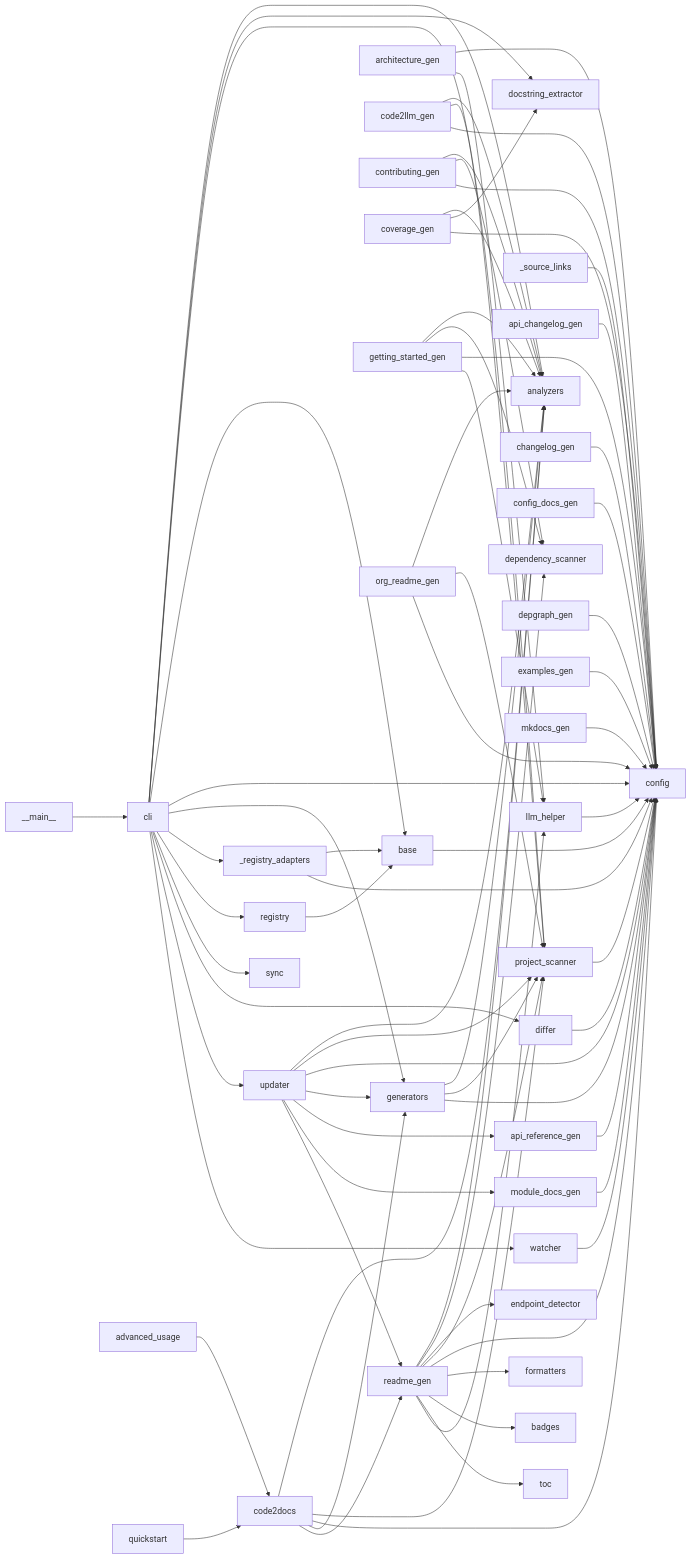
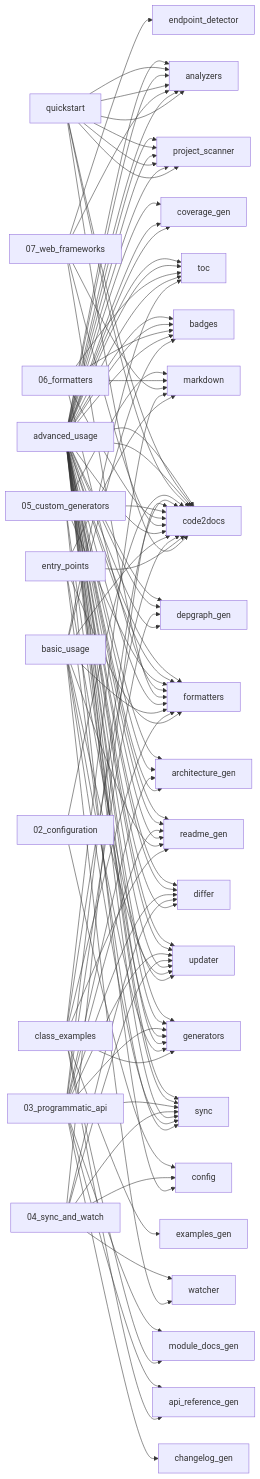
Before and after one commit to wronai/code2docs: the diagram in docs/dependency-graph.md, drawn with Mermaid. The commit also changed other lines of this file and 12 other files, not shown here.

````diff
--- a/docs/dependency-graph.md
+++ b/docs/dependency-graph.md
@@ -7,77 +7,110 @@
 ```mermaid
 graph LR
-    __main__ --> cli
-    project_scanner --> config
-    base --> config
-    cli --> analyzers
-    cli --> docstring_extractor
-    cli --> project_scanner
-    cli --> base
-    cli --> config
-    cli --> generators
-    cli --> _registry_adapters
-    cli --> registry
-    cli --> sync
-    cli --> differ
-    cli --> updater
-    cli --> watcher
-    code2docs --> analyzers
-    code2docs --> project_scanner
-    code2docs --> config
-    code2docs --> generators
-    code2docs --> readme_gen
     advanced_usage --> code2docs
+    advanced_usage --> analyzers
+    advanced_usage --> project_scanner
+    advanced_usage --> formatters
+    advanced_usage --> badges
+    advanced_usage --> toc
+    advanced_usage --> generators
+    advanced_usage --> architecture_gen
+    advanced_usage --> coverage_gen
+    advanced_usage --> depgraph_gen
+    advanced_usage --> readme_gen
+    advanced_usage --> sync
+    advanced_usage --> differ
+    advanced_usage --> updater
     quickstart --> code2docs
-    generators --> analyzers
-    generators --> project_scanner
-    generators --> config
-    _registry_adapters --> base
-    _registry_adapters --> config
-    _source_links --> config
-    api_changelog_gen --> config
-    api_reference_gen --> config
-    architecture_gen --> config
-    architecture_gen --> llm_helper
-    changelog_gen --> config
-    code2llm_gen --> analyzers
-    code2llm_gen --> project_scanner
-    code2llm_gen --> config
-    config_docs_gen --> config
-    contributing_gen --> analyzers
-    contributing_gen --> dependency_scanner
-    contributing_gen --> config
-    coverage_gen --> analyzers
-    coverage_gen --> docstring_extractor
-    coverage_gen --> config
-    depgraph_gen --> config
-    examples_gen --> config
-    getting_started_gen --> analyzers
-    getting_started_gen --> dependency_scanner
-    getting_started_gen --> config
-    getting_started_gen --> llm_helper
-    mkdocs_gen --> config
-    module_docs_gen --> config
-    org_readme_gen --> analyzers
-    org_readme_gen --> project_scanner
-    org_readme_gen --> config
-    readme_gen --> analyzers
-    readme_gen --> dependency_scanner
-    readme_gen --> endpoint_detector
-    readme_gen --> project_scanner
-    readme_gen --> config
-    readme_gen --> formatters
-    readme_gen --> badges
-    readme_gen --> toc
-    readme_gen --> llm_helper
-    llm_helper --> config
-    registry --> base
-    differ --> config
-    updater --> analyzers
-    updater --> project_scanner
-    updater --> config
-    updater --> generators
-    updater --> api_reference_gen
-    updater --> module_docs_gen
-    updater --> readme_gen
-    watcher --> config
+    quickstart --> analyzers
+    quickstart --> project_scanner
+    advanced_usage --> code2docs
+    advanced_usage --> analyzers
+    advanced_usage --> project_scanner
+    advanced_usage --> formatters
+    advanced_usage --> badges
+    advanced_usage --> toc
+    advanced_usage --> generators
+    advanced_usage --> architecture_gen
+    advanced_usage --> coverage_gen
+    advanced_usage --> depgraph_gen
+    advanced_usage --> readme_gen
+    advanced_usage --> sync
+    advanced_usage --> differ
+    advanced_usage --> updater
+    quickstart --> code2docs
+    quickstart --> analyzers
+    quickstart --> project_scanner
+    02_configuration --> code2docs
+    02_configuration --> config
+    03_programmatic_api --> code2docs
+    03_programmatic_api --> generators
+    03_programmatic_api --> api_reference_gen
+    03_programmatic_api --> architecture_gen
+    03_programmatic_api --> changelog_gen
+    03_programmatic_api --> depgraph_gen
+    03_programmatic_api --> module_docs_gen
+    03_programmatic_api --> readme_gen
+    03_programmatic_api --> sync
+    03_programmatic_api --> differ
+    03_programmatic_api --> updater
+    04_sync_and_watch --> code2docs
+    04_sync_and_watch --> config
+    04_sync_and_watch --> sync
+    04_sync_and_watch --> differ
+    04_sync_and_watch --> updater
+    04_sync_and_watch --> watcher
+    05_custom_generators --> code2docs
+    05_custom_generators --> config
+    05_custom_generators --> formatters
+    05_custom_generators --> markdown
+    05_custom_generators --> generators
+    06_formatters --> code2docs
+    06_formatters --> formatters
+    06_formatters --> badges
+    06_formatters --> markdown
+    06_formatters --> toc
+    07_web_frameworks --> code2docs
+    07_web_frameworks --> analyzers
+    07_web_frameworks --> endpoint_detector
+    07_web_frameworks --> formatters
+    07_web_frameworks --> markdown
+    advanced_usage --> code2docs
+    advanced_usage --> analyzers
+    advanced_usage --> project_scanner
+    advanced_usage --> formatters
+    advanced_usage --> badges
+    advanced_usage --> toc
+    advanced_usage --> generators
+    advanced_usage --> architecture_gen
+    advanced_usage --> coverage_gen
+    advanced_usage --> depgraph_gen
+    advanced_usage --> readme_gen
+    advanced_usage --> sync
+    advanced_usage --> differ
+    advanced_usage --> updater
+    basic_usage --> code2docs
+    basic_usage --> formatters
+    basic_usage --> badges
+    basic_usage --> toc
+    basic_usage --> generators
+    basic_usage --> readme_gen
+    basic_usage --> sync
+    basic_usage --> updater
+    basic_usage --> watcher
+    class_examples --> code2docs
+    class_examples --> formatters
+    class_examples --> markdown
+    class_examples --> generators
+    class_examples --> api_reference_gen
+    class_examples --> examples_gen
+    class_examples --> module_docs_gen
+    class_examples --> readme_gen
+    entry_points --> code2docs
+    entry_points --> formatters
+    entry_points --> markdown
+    entry_points --> sync
+    entry_points --> updater
+    quickstart --> code2docs
+    quickstart --> analyzers
+    quickstart --> project_scanner
 ```
````
